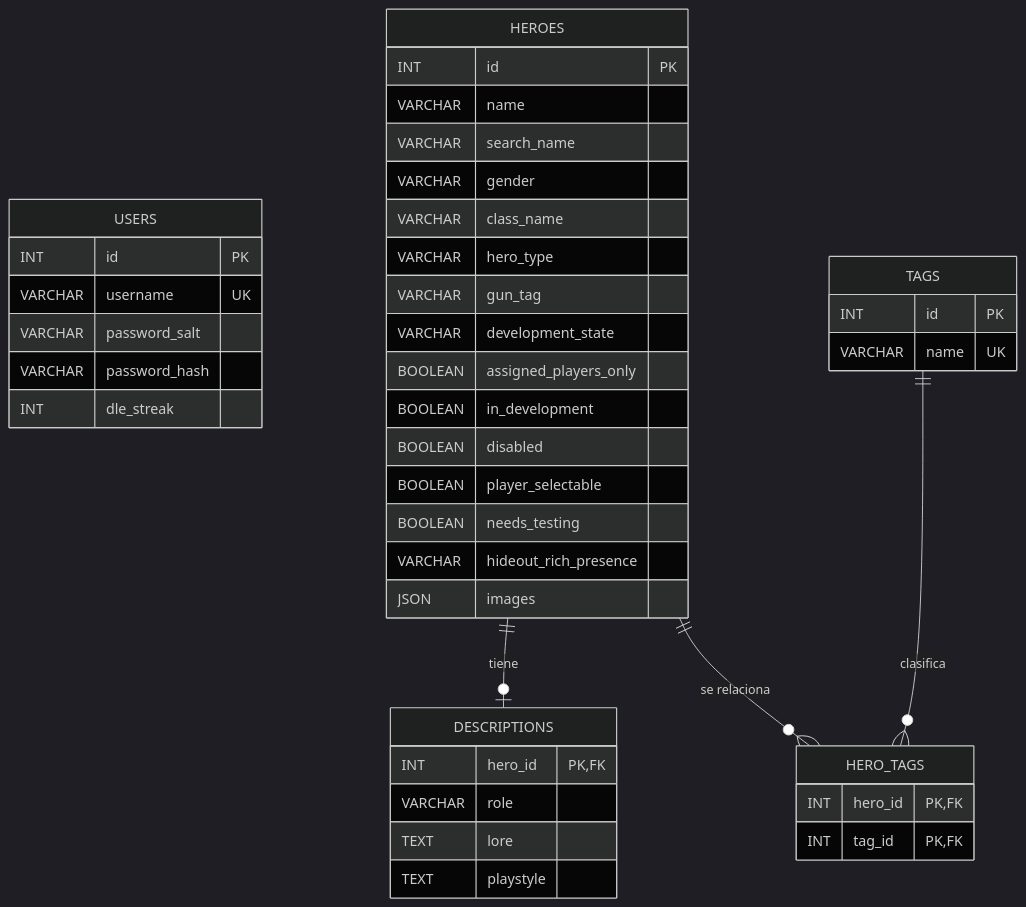
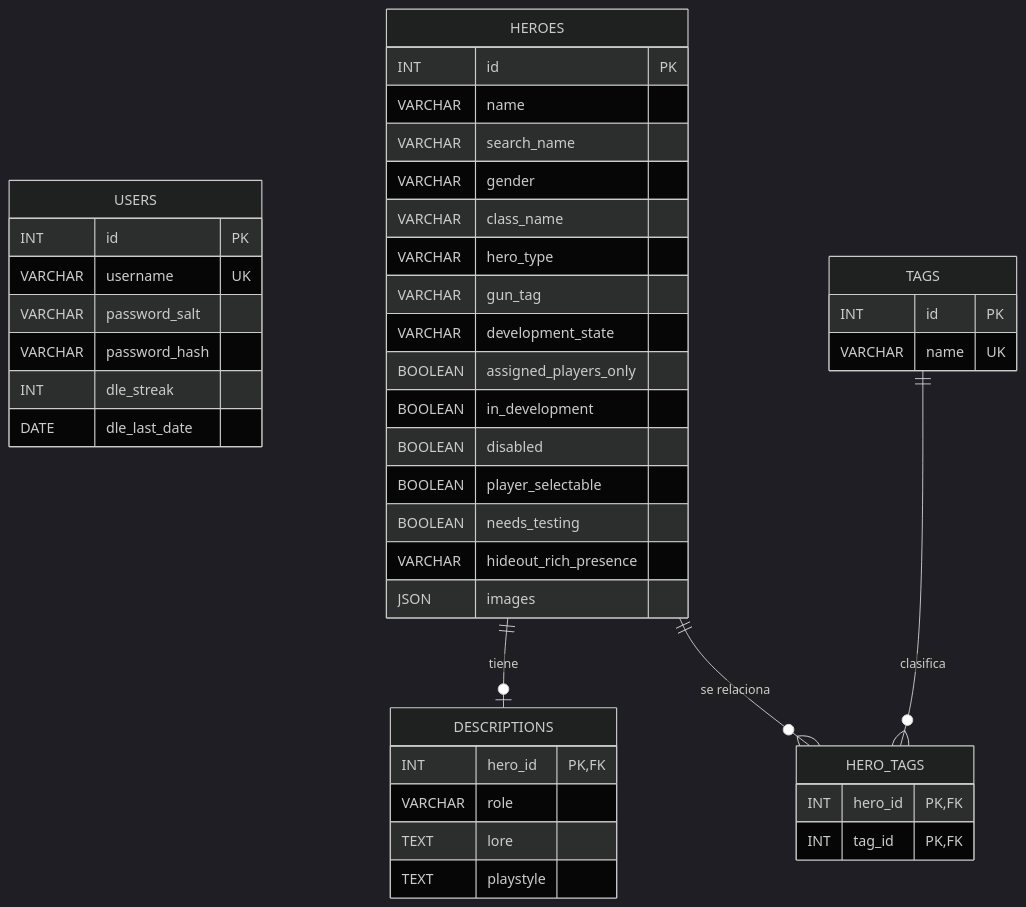
One commit to Aitor-GR/Proyecto-API changed the diagram in README.md. Above: the diagram before and after it, drawn with Mermaid (dark theme). The commit also changed other lines of this file and 3 other files, not shown here.

Commit message:
feat(db): updated the users table to add relevant data for the dle, updated the ER diagram in the readme

````diff
--- a/README.md
+++ b/README.md
@@ -67,49 +67,50 @@
 ```mermaid
 erDiagram
     USERS {
         INT id PK
         VARCHAR username UK
         VARCHAR password_salt
         VARCHAR password_hash
         INT dle_streak
+        DATE dle_last_date
     }
 
     HEROES {
         INT id PK
         VARCHAR name
         VARCHAR search_name
         VARCHAR gender
         VARCHAR class_name
         VARCHAR hero_type
         VARCHAR gun_tag
         VARCHAR development_state
         BOOLEAN assigned_players_only
         BOOLEAN in_development
         BOOLEAN disabled
         BOOLEAN player_selectable
         BOOLEAN needs_testing
         VARCHAR hideout_rich_presence
         JSON images
     }
 
     DESCRIPTIONS {
         INT hero_id PK, FK
         VARCHAR role
         TEXT lore
         TEXT playstyle
     }
 
     TAGS {
         INT id PK
         VARCHAR name UK
     }
 
     HERO_TAGS {
         INT hero_id PK, FK
         INT tag_id PK, FK
     }
 
     HEROES ||--o| DESCRIPTIONS : "tiene"
     HEROES ||--o{ HERO_TAGS : "se relaciona"
     TAGS ||--o{ HERO_TAGS : "clasifica"
 ```
````
